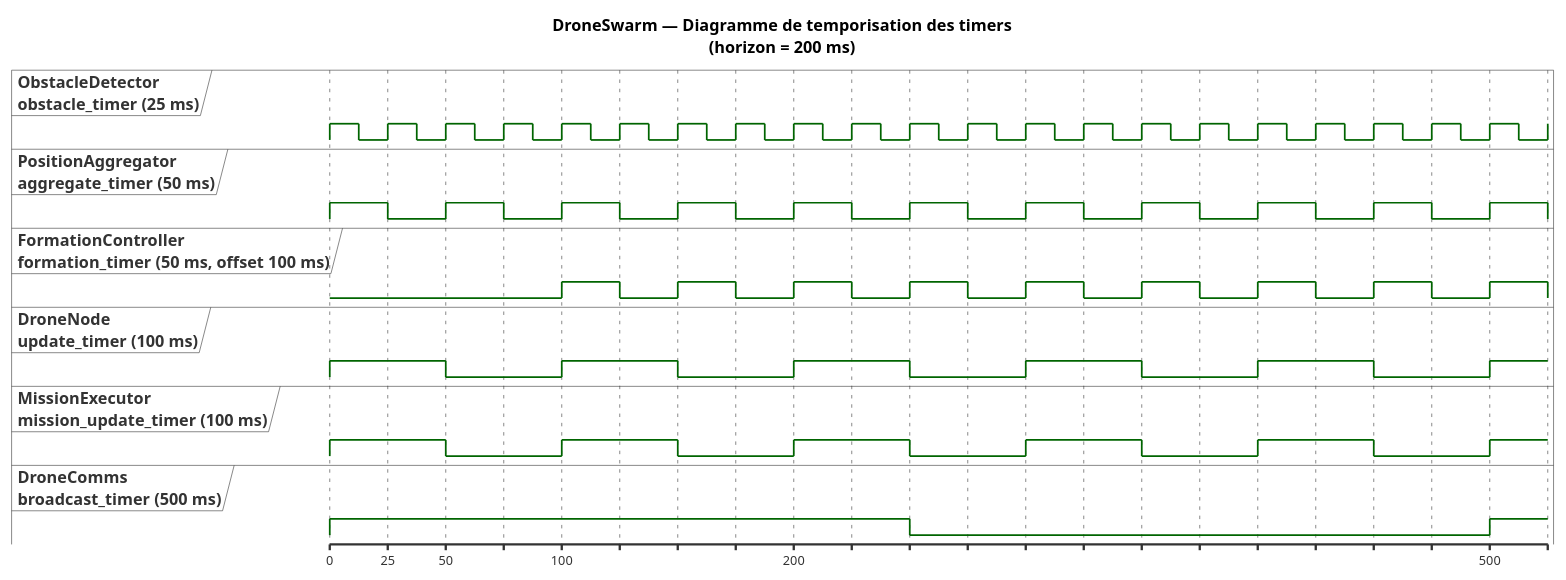
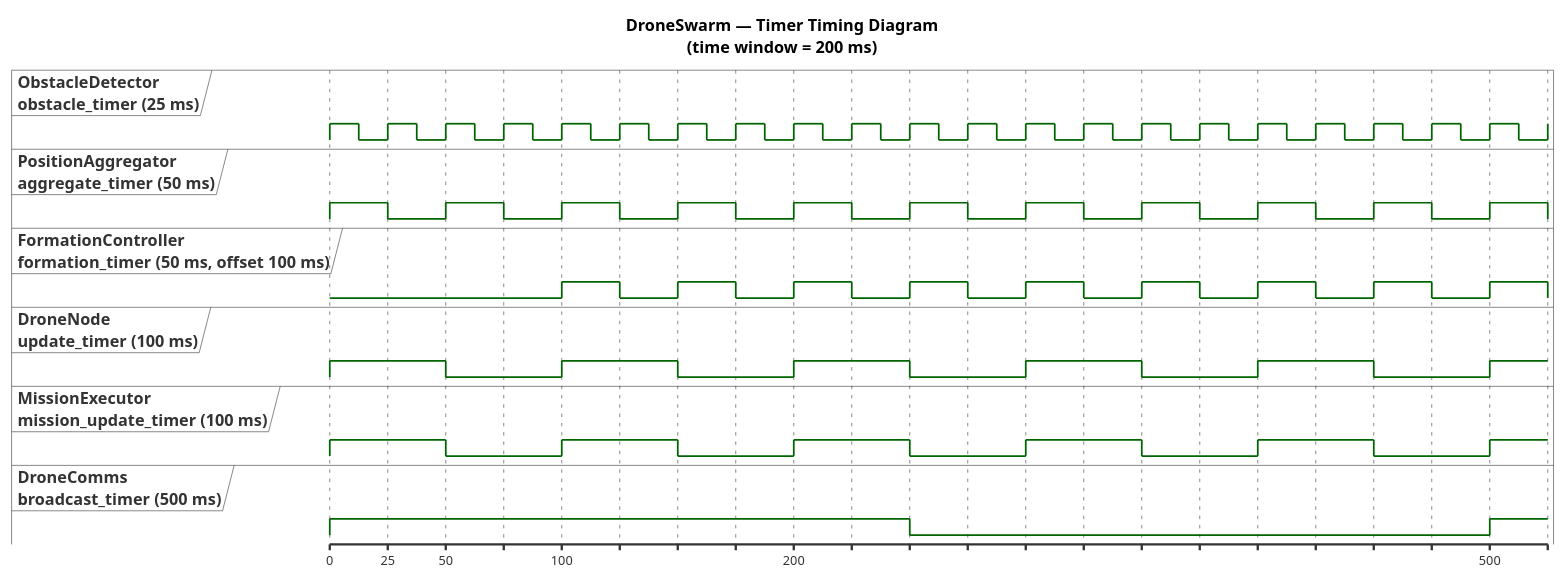
Before and after one commit to xwarzee/uav_lf: the diagram in doc/diagrams/05_timing.puml, drawn with PlantUML. The commit also changed 5 other files, not shown here.

Commit message:
update architecture doc and diagrams to cover visualization and support of n drones

```diff
--- a/doc/diagrams/05_timing.puml
+++ b/doc/diagrams/05_timing.puml
@@ -1,17 +1,17 @@
 @startuml 05_timing
 skinparam backgroundColor #FFFFFF
 skinparam defaultFontName Helvetica
 
-title DroneSwarm — Diagramme de temporisation des timers\n(horizon = 200 ms)
+title DroneSwarm — Timer Timing Diagram\n(time window = 200 ms)
 
 clock "ObstacleDetector\nobstacle_timer (25 ms)" as OD_T with period 25
 clock "PositionAggregator\naggregate_timer (50 ms)" as PA_T with period 50
 clock "FormationController\nformation_timer (50 ms, offset 100 ms)" as FC_T with period 50 offset 100
 clock "DroneNode\nupdate_timer (100 ms)" as DN_T with period 100
 clock "MissionExecutor\nmission_update_timer (100 ms)" as ME_T with period 100
 clock "DroneComms\nbroadcast_timer (500 ms)" as DC_BT with period 500
 
 @0
 @200
 
 @enduml
```
